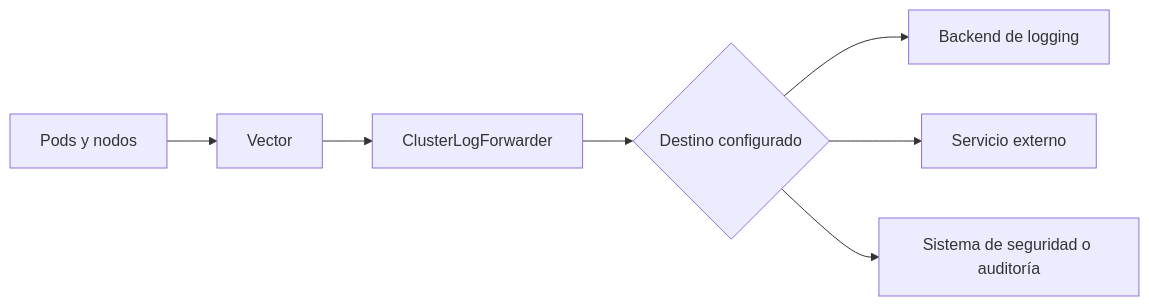
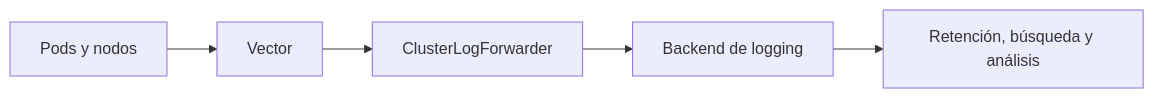
One commit to ieftraining/curso-openshift changed the fourth of 4 diagrams in docs/sesion3/3.4 Logs.md. Above: the diagram before and after it, drawn with Mermaid. The commit also changed other lines of this file, not shown here.

````diff
--- a/docs/sesion3/3.4 Logs.md
+++ b/docs/sesion3/3.4 Logs.md
@@ -232,9 +221,7 @@
 ```mermaid
 flowchart LR
     A[Pods y nodos] --> B[Vector]
     B --> C[ClusterLogForwarder]
-    C --> D{Destino configurado}
-    D --> E[Backend de logging]
-    D --> F[Servicio externo]
-    D --> G[Sistema de seguridad o auditoría]
+    C --> D[Backend de logging]
+    D --> E[Retención, búsqueda y análisis]
 ```
````
